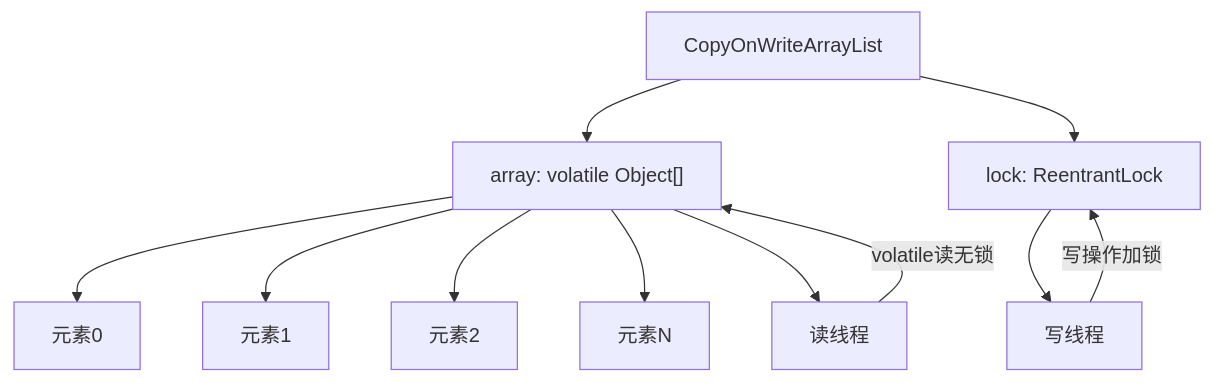
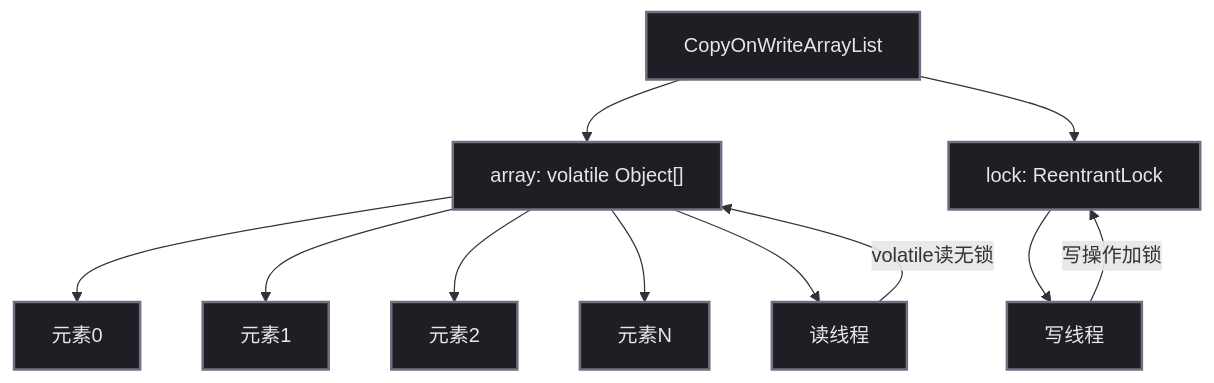
The first of 8 diagrams in content/posts/concurrency/CopyOnWriteArrayList.md (yaocat55/yaocat55.github.io), drawn with Mermaid before and after one commit. The commit also changed other lines of this file and 155 other files, not shown here.

````diff
--- a/content/posts/concurrency/CopyOnWriteArrayList.md
+++ b/content/posts/concurrency/CopyOnWriteArrayList.md
@@ -53,17 +53,21 @@
 ```mermaid
 flowchart TD
+%% 半暗底色 + 高亮描边：完美适配博客深色/浅色双主题 %%
+classDef process fill:#1e1e24,stroke:#6b7280,stroke-width:2px,color:#e5e7eb;
     COW[CopyOnWriteArrayList]
     COW --> ARRAY["array: volatile Object[]"]
     COW --> LOCK["lock: ReentrantLock"]
 
     ARRAY --> A0["元素0"]
     ARRAY --> A1["元素1"]
     ARRAY --> A2["元素2"]
     ARRAY --> AN["元素N"]
 
     LOCK --> W["写线程"]
     ARRAY --> R["读线程"]
 
     W --> |写操作加锁| LOCK
     R --> |volatile读无锁| ARRAY
+
+class A0,A1,A2,AN,ARRAY,COW,LOCK,Object,R,W process;
 ```
````
